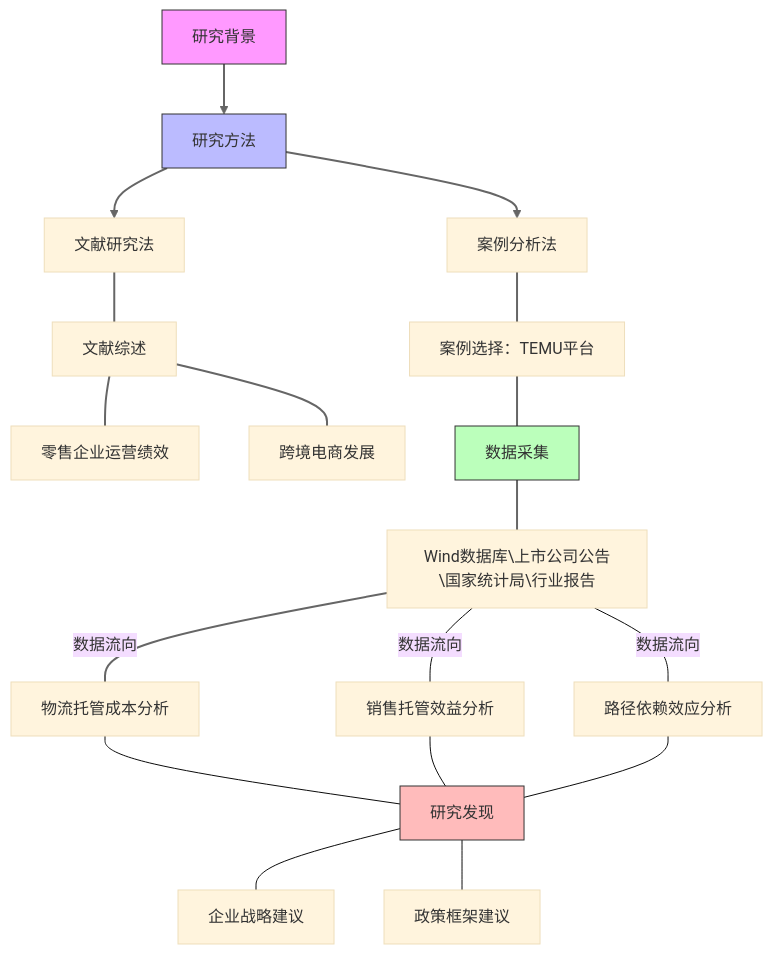
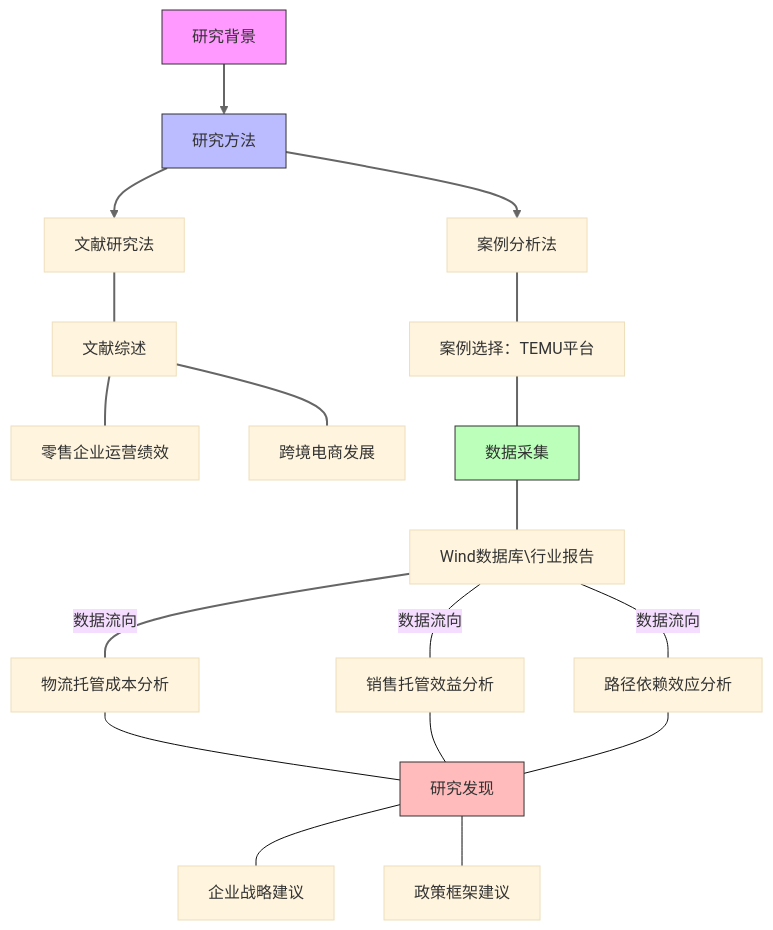
One commit to Zora0203/iodraw-files changed the diagram in all/未命名.md. Above: the diagram before and after it, drawn with Mermaid (base theme).

Commit message:
2025-03-02 19:34:07 update

````diff
--- a/all/未命名.md
+++ b/all/未命名.md
@@ -1,29 +1,29 @@
 ```mermaid
 graph TD
     A[研究背景] --> B[研究方法]
     B --> B1[文献研究法]
     B --> B2[案例分析法]
 
     B1 --- C[文献综述]
     C --- C1[零售企业运营绩效]
     C --- C2[跨境电商发展]
 
     B2 --- D[案例选择：TEMU平台]
     D --- D1[数据采集]
-    D1 --- D11[Wind数据库\上市公司公告\国家统计局\行业报告]
+    D1 --- D11[Wind数据库\行业报告]
 
     D11---|数据流向| E1[物流托管成本分析]
     D11---|数据流向| E2[销售托管效益分析]
     D11---|数据流向| E3[路径依赖效应分析]
 
     E1 & E2 & E3 --- I[研究发现]
     I --- J[企业战略建议]
     I --- K[政策框架建议]
 
     style A fill:#f9f,stroke:#333
     style B fill:#bbf,stroke:#333
     style D1 fill:#bfb,stroke:#333
     style I fill:#fbb,stroke:#333
 
     linkStyle 0,1,2,3,4,5,6,7,8,9 stroke:#666,stroke-width:2px
 ```
````
